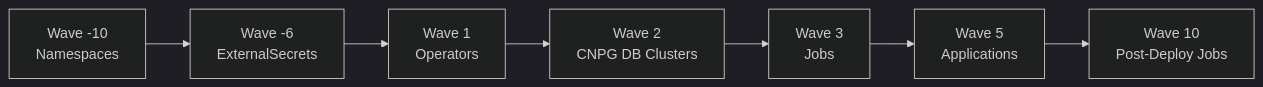
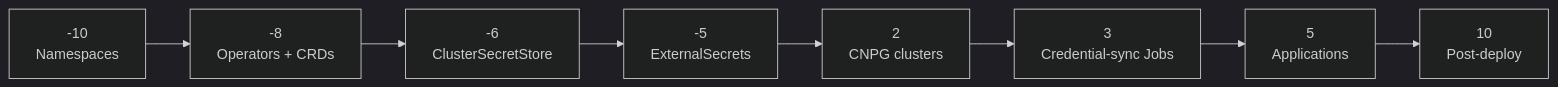
One commit to GarthvandenBerg/Talos-KubeSpan-Homelab changed the second of 2 diagrams in README.md. Above: the diagram before and after it, drawn with Mermaid (dark theme). The commit also changed other lines of this file, not shown here.

````diff
--- a/README.md
+++ b/README.md
@@ -275,9 +219,10 @@
 ```mermaid
 flowchart LR
-    W10["Wave -10<br/>Namespaces"] --> W6["Wave -6<br/>ExternalSecrets"]
-    W6 --> W1["Wave 1<br/>Operators"]
-    W1 --> W2["Wave 2<br/>CNPG DB Clusters"]
-    W2 --> W3["Wave 3<br/>Jobs"]
-    W3 --> W5["Wave 5<br/>Applications"]
-    W5 --> W10P["Wave 10<br/>Post-Deploy Jobs"]
+    W10["-10<br/>Namespaces"] --> W8["-8<br/>Operators + CRDs"]
+    W8 --> W6["-6<br/>ClusterSecretStore"]
+    W6 --> W5["-5<br/>ExternalSecrets"]
+    W5 --> W2["2<br/>CNPG clusters"]
+    W2 --> W3["3<br/>Credential-sync Jobs"]
+    W3 --> W5A["5<br/>Applications"]
+    W5A --> W10P["10<br/>Post-deploy"]
 ```
````
